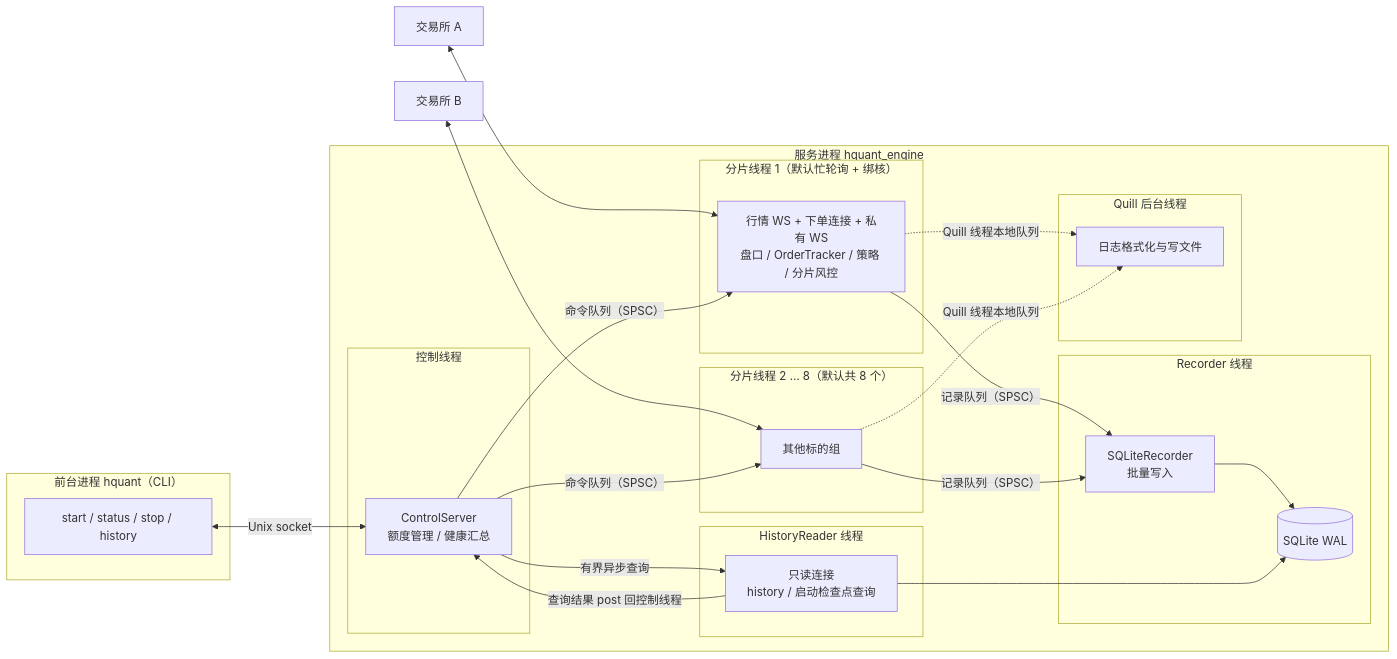
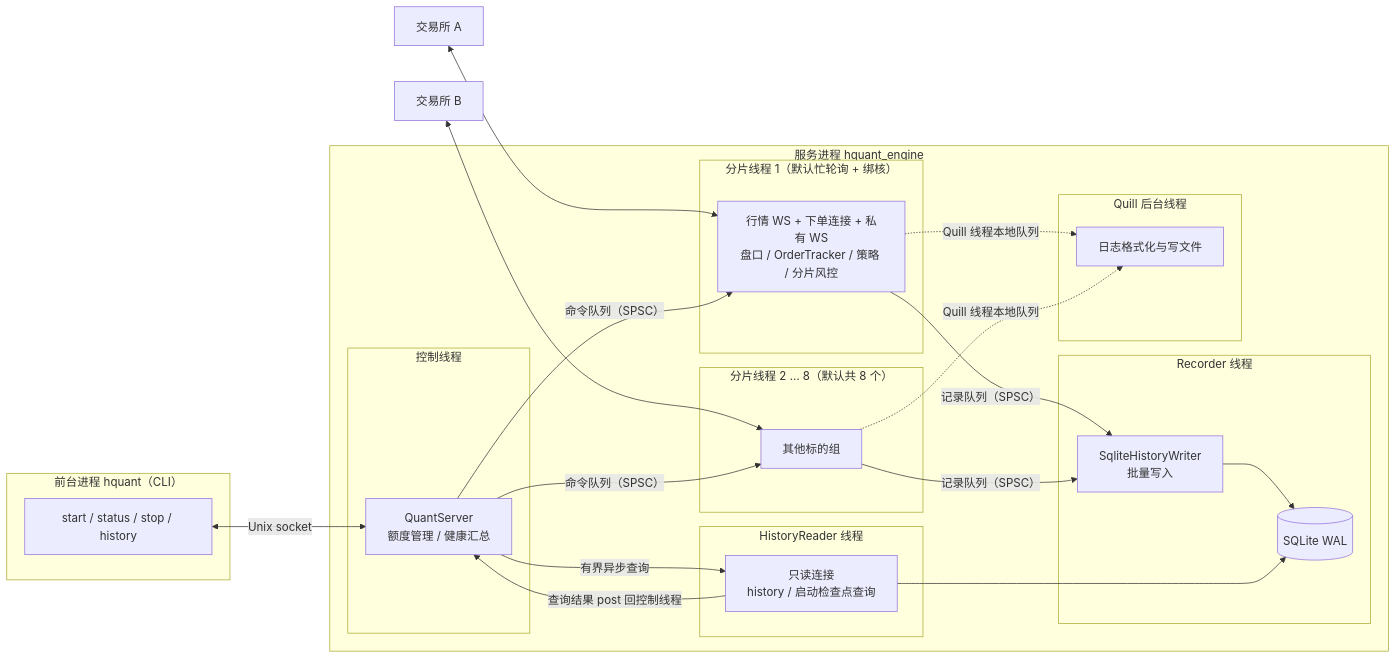
The first of 11 diagrams in docs/ARCHITECTURE.md (larrystd/hbot-quant), drawn with Mermaid before and after one commit. The commit also changed other lines of this file and 12 other files, not shown here.

````diff
--- a/docs/ARCHITECTURE.md
+++ b/docs/ARCHITECTURE.md
@@ -11,42 +11,42 @@
 ```mermaid
 flowchart LR
     subgraph FRONT["前台进程 hquant（CLI）"]
         CLI["start / status / stop / history"]
     end
 
     subgraph ENGINE["服务进程 hquant_engine"]
         subgraph S1["分片线程 1（默认忙轮询 + 绑核）"]
             SH1["行情 WS + 下单连接 + 私有 WS<br/>盘口 / OrderTracker / 策略 / 分片风控"]
         end
         subgraph S2["分片线程 2 … 8（默认共 8 个）"]
             SH2["其他标的组"]
         end
         subgraph CTRL["控制线程"]
-            CONTROL["ControlServer<br/>额度管理 / 健康汇总"]
+            CONTROL["QuantServer<br/>额度管理 / 健康汇总"]
         end
         subgraph REC["Recorder 线程"]
-            RECORDER["SQLiteRecorder<br/>批量写入"]
+            RECORDER["SqliteHistoryWriter<br/>批量写入"]
             DB[("SQLite WAL")]
         end
         subgraph HIST["HistoryReader 线程"]
             READER["只读连接<br/>history / 启动检查点查询"]
         end
         subgraph LOGT["Quill 后台线程"]
             QUILL["日志格式化与写文件"]
         end
     end
 
     VENUE1["交易所 A"] <--> SH1
     VENUE2["交易所 B"] <--> SH2
     CLI <-->|"Unix socket"| CONTROL
     CONTROL -->|"命令队列（SPSC）"| SH1
     CONTROL -->|"命令队列（SPSC）"| SH2
     SH1 -->|"记录队列（SPSC）"| RECORDER
     SH2 -->|"记录队列（SPSC）"| RECORDER
     RECORDER --> DB
     CONTROL -->|"有界异步查询"| READER
     READER --> DB
     READER -->|"查询结果 post 回控制线程"| CONTROL
     SH1 -.->|"Quill 线程本地队列"| QUILL
     SH2 -.->|"Quill 线程本地队列"| QUILL
 ```
````
